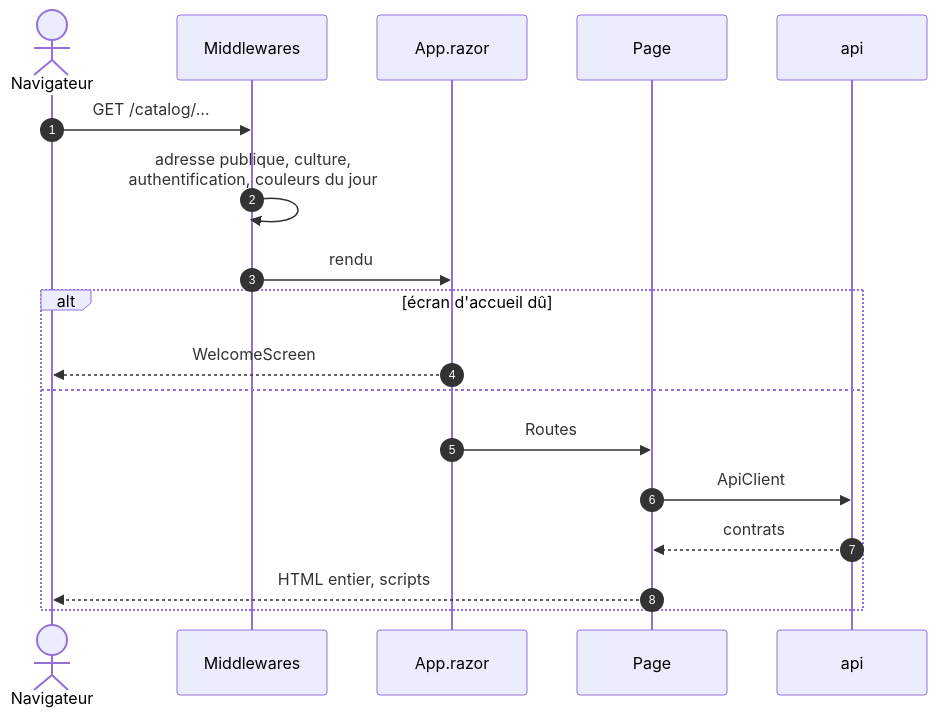
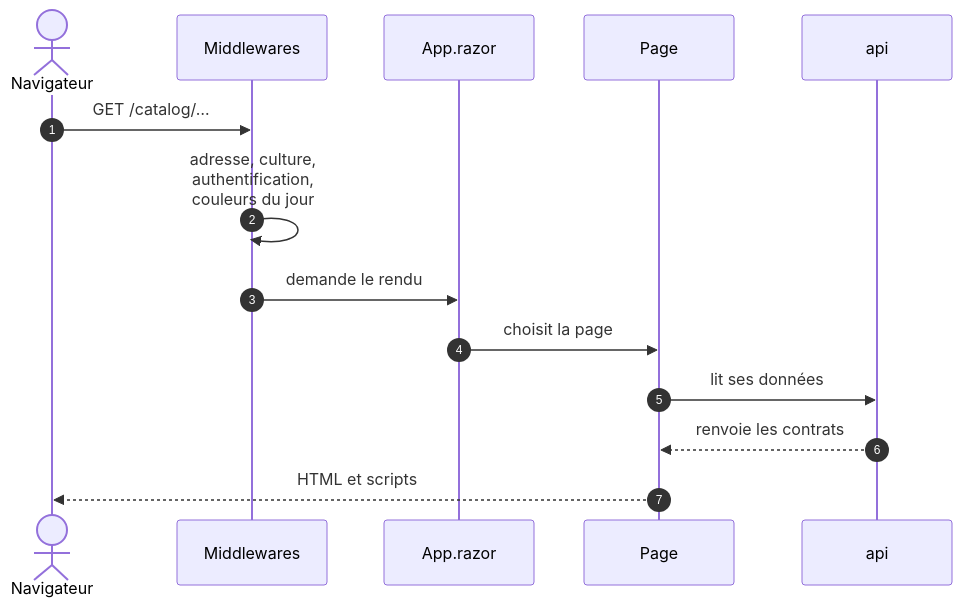
One commit to Tetram76/bdtheque-claude changed the first of 3 diagrams in docs/tech/mecanismes/frontend-rendu-et-saisie.md. Above: the diagram before and after it, drawn with Mermaid. The commit also changed other lines of this file and 41 other files, not shown here.

````diff
--- a/docs/tech/mecanismes/frontend-rendu-et-saisie.md
+++ b/docs/tech/mecanismes/frontend-rendu-et-saisie.md
@@ -22,21 +24,17 @@
 ```mermaid
 sequenceDiagram
     autonumber
     actor browser as Navigateur
     participant pipeline as Middlewares
     participant app as App.razor
     participant page as Page
     participant api as api
 
     browser->>pipeline: GET /catalog/…
-    pipeline->>pipeline: adresse publique, culture,<br/>authentification, couleurs du jour
-    pipeline->>app: rendu
-    alt écran d'accueil dû
-        app-->>browser: WelcomeScreen
-    else
-        app->>page: Routes
-        page->>api: ApiClient
-        api-->>page: contrats
-        page-->>browser: HTML entier, scripts
-    end
+    pipeline->>pipeline: adresse, culture,<br/>authentification,<br/>couleurs du jour
+    pipeline->>app: demande le rendu
+    app->>page: choisit la page
+    page->>api: lit ses données
+    api-->>page: renvoie les contrats
+    page-->>browser: HTML et scripts
 ```
````
